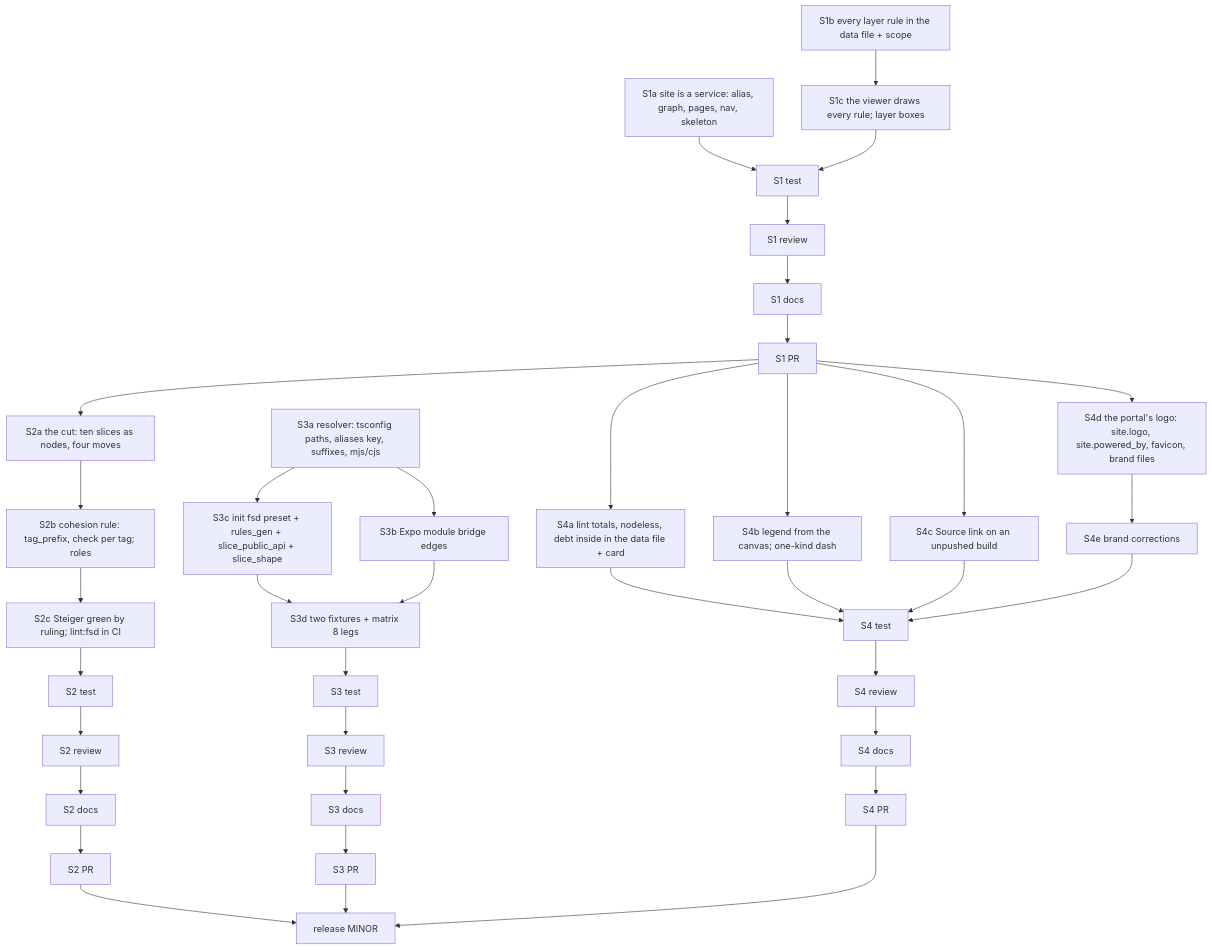
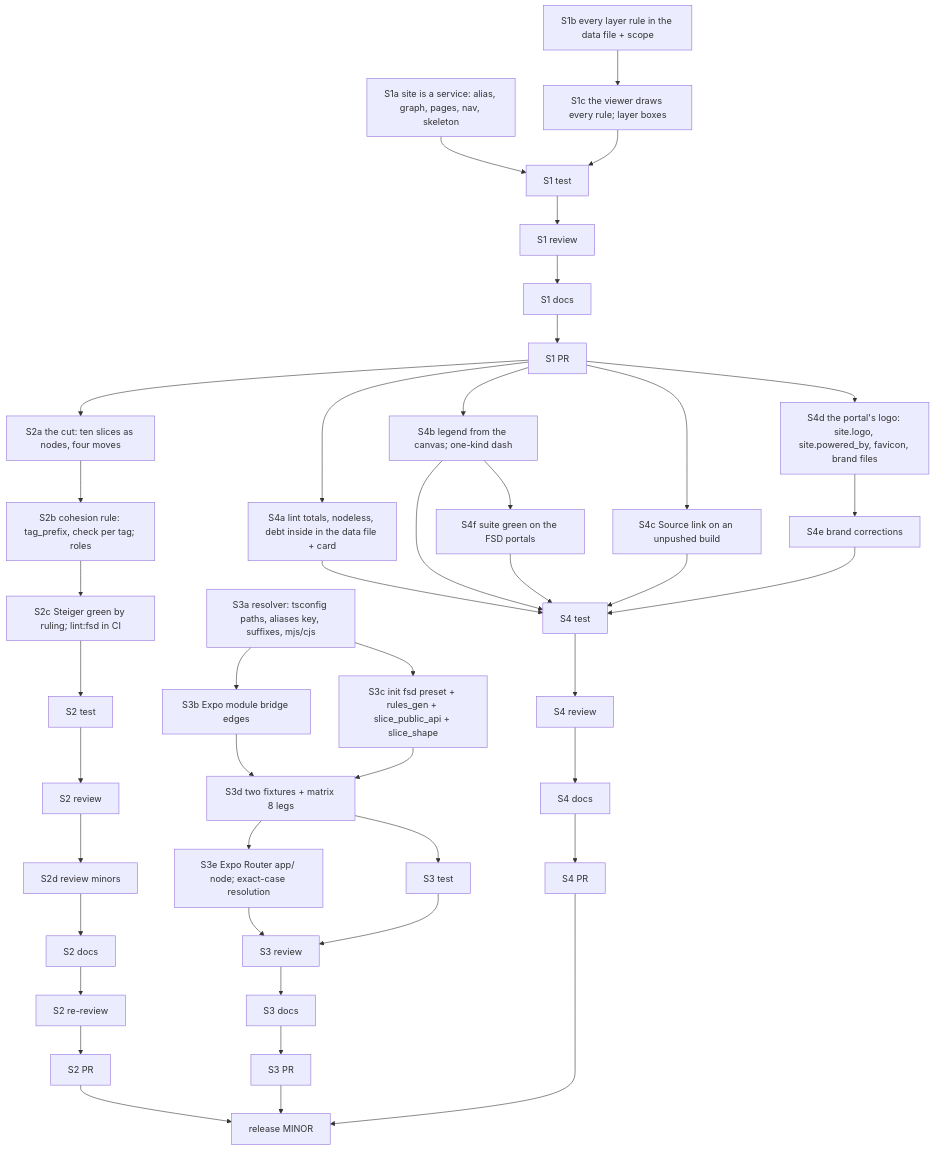
The diagram in .claude/development/docs/features/BDL-080/PLAN.md (zoologov/beadloom), drawn with Mermaid before and after one commit. The commit also changed other lines of this file and 8 other files, not shown here.

````diff
--- a/.claude/development/docs/features/BDL-080/PLAN.md
+++ b/.claude/development/docs/features/BDL-080/PLAN.md
@@ -16,29 +16,34 @@
 ```mermaid
 graph TD
     S1a[S1a site is a service: alias, graph, pages, nav, skeleton] --> S1T[S1 test]
     S1b[S1b every layer rule in the data file + scope] --> S1c[S1c the viewer draws every rule; layer boxes]
     S1c --> S1T
     S1T --> S1R[S1 review] --> S1W[S1 docs] --> S1P[S1 PR]
     S1P --> S2a[S2a the cut: ten slices as nodes, four moves]
     S2a --> S2b[S2b cohesion rule: tag_prefix, check per tag; roles]
     S2b --> S2c[S2c Steiger green by ruling; lint:fsd in CI]
-    S2c --> S2T[S2 test] --> S2R[S2 review] --> S2W[S2 docs] --> S2P[S2 PR]
+    S2c --> S2T[S2 test] --> S2R[S2 review] --> S2d[S2d review minors] --> S2W[S2 docs] --> S2R2[S2 re-review] --> S2P[S2 PR]
     S3a[S3a resolver: tsconfig paths, aliases key, suffixes, mjs/cjs] --> S3b[S3b Expo module bridge edges]
     S3a --> S3c[S3c init fsd preset + rules_gen + slice_public_api + slice_shape]
     S3c --> S3d[S3d two fixtures + matrix 8 legs]
     S3b --> S3d
-    S3d --> S3T[S3 test] --> S3R[S3 review] --> S3W[S3 docs] --> S3P[S3 PR]
+    S3d --> S3e[S3e Expo Router app/ node; exact-case resolution]
+    S3d --> S3T[S3 test]
+    S3e --> S3R[S3 review]
+    S3T --> S3R --> S3W[S3 docs] --> S3P[S3 PR]
     S1P --> S4a[S4a lint totals, nodeless, debt inside in the data file + card]
     S1P --> S4b[S4b legend from the canvas; one-kind dash]
     S1P --> S4c[S4c Source link on an unpushed build]
     S1P --> S4d[S4d the portal's logo: site.logo, site.powered_by, favicon, brand files]
     S4a --> S4T[S4 test]
     S4b --> S4T
     S4c --> S4T
     S4d --> S4e[S4e brand corrections]
     S4e --> S4T
+    S4b --> S4f[S4f suite green on the FSD portals]
+    S4f --> S4T
     S4T --> S4R[S4 review] --> S4W[S4 docs] --> S4P[S4 PR]
     S2P --> REL[release MINOR]
     S3P --> REL
     S4P --> REL
 ```
````
